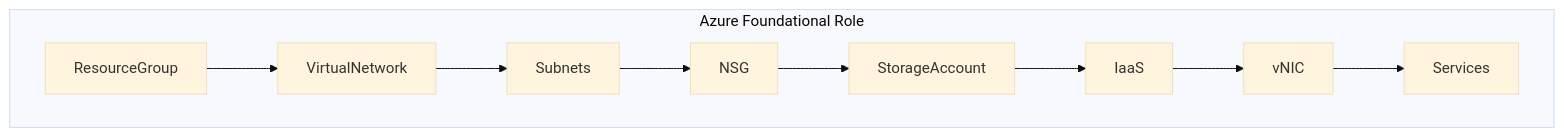
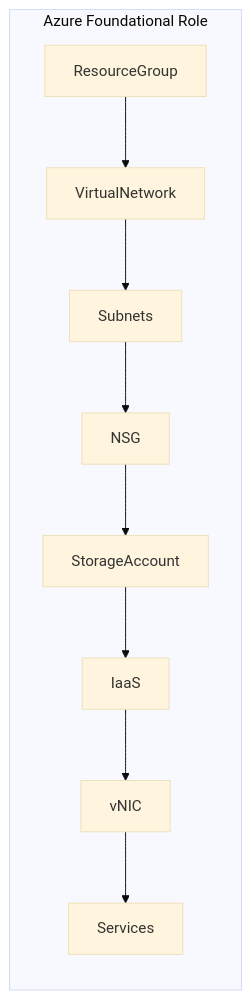
The diagram in azure-BlueShift/README.md (slagathor34/awx-lab), drawn with Mermaid (base theme) before and after one commit. The commit also changed 2 other files, not shown here.

Commit message:
Update and Simplify

````diff
--- a/azure-BlueShift/README.md
+++ b/azure-BlueShift/README.md
@@ -5,12 +5,12 @@
 ```mermaid
-graph TB
+graph LR
   subgraph "Azure Foundational Role"
   Node1[ResourceGroup] --> Node2[VirtualNetwork]
   Node2[VirtualNetwork] --> Node3[Subnets]
   Node3[Subnets] --> Node4[NSG]
   Node4[NSG] --> Node5[StorageAccount]
   Node5[StorageAccount] --> Node6[IaaS]
   Node6[IaaS] --> Node7[vNIC]
   Node7[vNIC] --> Node8[Services]
 end
 ```
````
